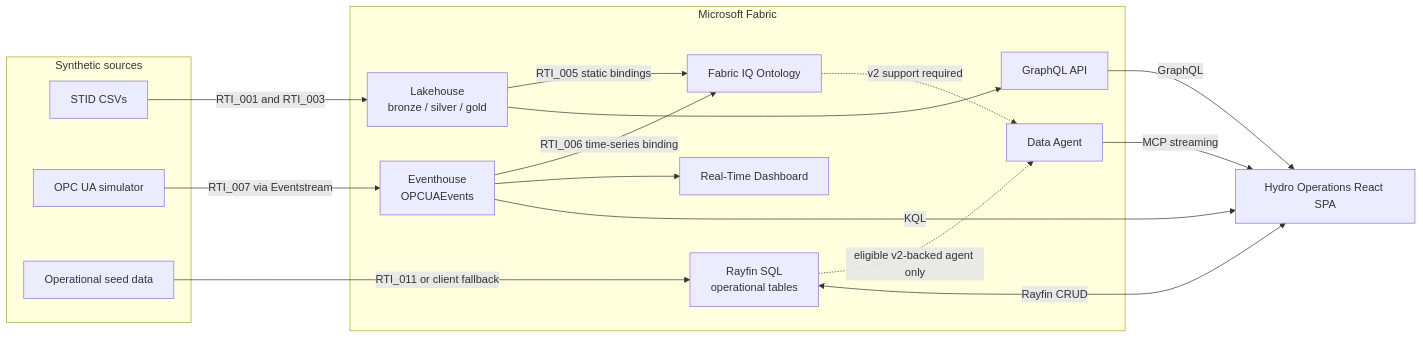
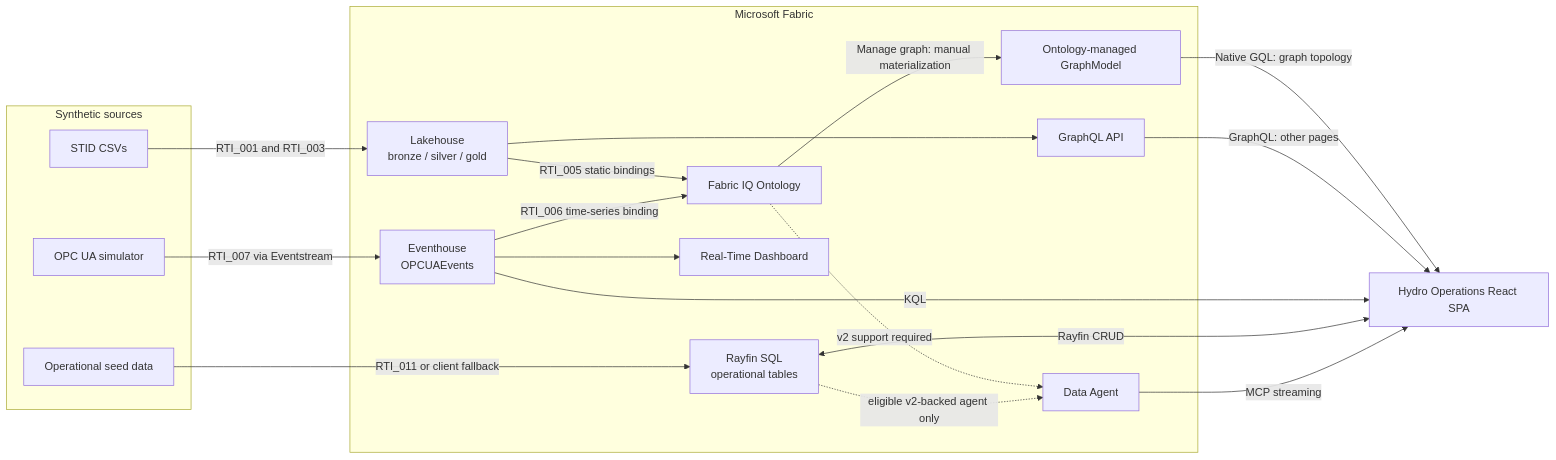
One commit to dibakardharchoudhury/FabricIQAppsDEMO changed the first of 4 diagrams in DATA_FLOW_ANALYSIS.md. Above: the diagram before and after it, drawn with Mermaid. The commit also changed other lines of this file and 28 other files, not shown here.

First line of the commit message:
fix: restore native Ontology v2 graph topology

````diff
--- a/DATA_FLOW_ANALYSIS.md
+++ b/DATA_FLOW_ANALYSIS.md
@@ -20,34 +21,37 @@
 ```mermaid
 flowchart LR
     subgraph Sources["Synthetic sources"]
         STID["STID CSVs"]
         SIM["OPC UA simulator"]
         OPS["Operational seed data"]
     end
 
     subgraph Fabric["Microsoft Fabric"]
         LH["Lakehouse\nbronze / silver / gold"]
         EH["Eventhouse\nOPCUAEvents"]
         SQL["Rayfin SQL\noperational tables"]
         ONT["Fabric IQ Ontology"]
+        GRAPH["Ontology-managed GraphModel"]
         GQL["GraphQL API"]
         AGENT["Data Agent"]
         DASH["Real-Time Dashboard"]
     end
 
     APP["Hydro Operations React SPA"]
 
     STID -->|RTI_001 and RTI_003| LH
     SIM -->|RTI_007 via Eventstream| EH
     OPS -->|RTI_011 or client fallback| SQL
     LH -->|RTI_005 static bindings| ONT
     EH -->|RTI_006 time-series binding| ONT
     LH --> GQL
     ONT -.->|v2 support required| AGENT
+    ONT -->|Manage graph: manual materialization| GRAPH
+    GRAPH -->|Native GQL: graph topology| APP
     SQL -.->|eligible v2-backed agent only| AGENT
     EH --> DASH
-    GQL -->|GraphQL| APP
+    GQL -->|GraphQL: other pages| APP
     EH -->|KQL| APP
     SQL <-->|Rayfin CRUD| APP
     AGENT -->|MCP streaming| APP
 ```
````
